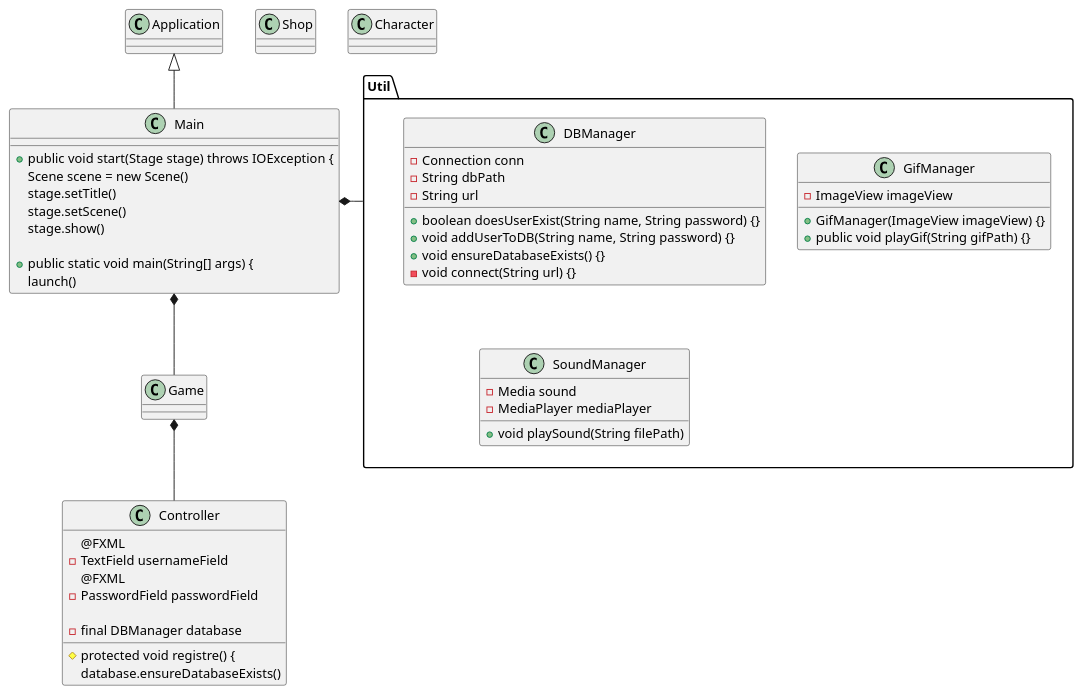
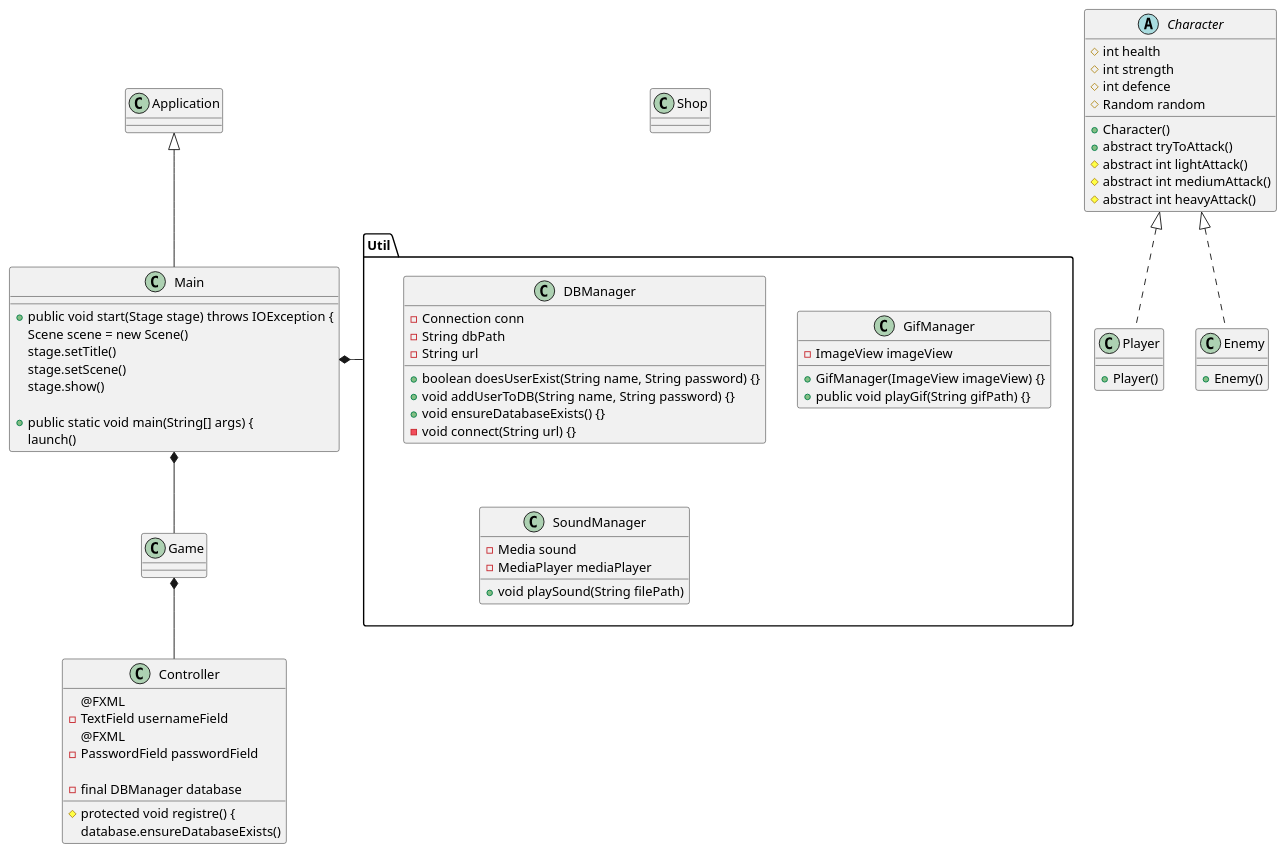
The diagram in MaendDerSlaes/data/plantUML/ClassDiagram.puml (olivermjmj/Maend-der-slaes), drawn with PlantUML before and after one commit. The commit also changed 3 other files, not shown here.

Commit message:
Ændrede klassediagrammet og har tilføjet metoder til Enemy, Player og Character

```diff
--- a/MaendDerSlaes/data/plantUML/ClassDiagram.puml
+++ b/MaendDerSlaes/data/plantUML/ClassDiagram.puml
@@ -1,67 +1,83 @@
 @startuml
 'https://plantuml.com/class-diagram
 
 class Main extends Application {
 
 + public void start(Stage stage) throws IOException {
 Scene scene = new Scene()
 stage.setTitle()
 stage.setScene()
 stage.show()
 
 + public static void main(String[] args) {
 launch()
 }
 
 Class Game {
 
 }
 
 Class Controller {
 @FXML
 - TextField usernameField
 @FXML
 - PasswordField passwordField
 
 - final DBManager database
 # protected void registre() {
 database.ensureDatabaseExists()
 }
 
 Class Shop {
 
 }
 
-Class Character {
+abstract Class Character {
+# int health
+# int strength
+# int defence
+# Random random
++ Character()
++ abstract tryToAttack()
+# abstract int lightAttack()
+# abstract int mediumAttack()
+# abstract int heavyAttack()
+}
 
+Class Player implements Character{
++ Player()
+}
+
+Class Enemy implements Character {
++ Enemy()
 }
 
 package "Util" {
 Class DBManager {
 - Connection conn
 - String dbPath
 - String url
 
 + boolean doesUserExist(String name, String password) {}
 + void addUserToDB(String name, String password) {}
 + void ensureDatabaseExists() {}
 - void connect(String url) {}
 }
 
 Class GifManager {
 - ImageView imageView
 + GifManager(ImageView imageView) {}
 + public void playGif(String gifPath) {}
 }
 
 Class SoundManager {
 - Media sound
 - MediaPlayer mediaPlayer
 + void playSound(String filePath)
 }
 }
 
 Main *- "Util"
 Main *-- "Game"
 Game *-- "Controller"
 @enduml
```
